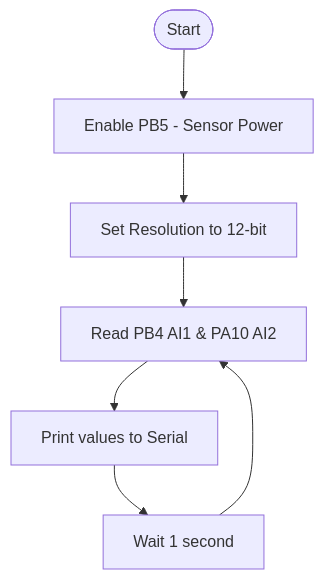
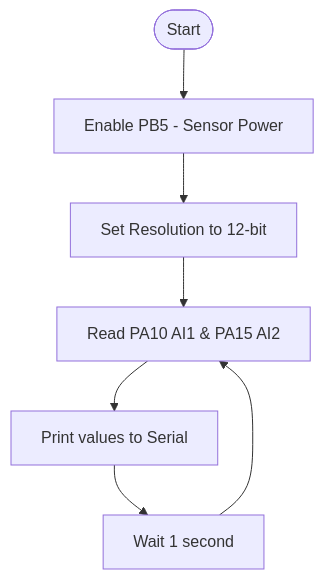
The second of 7 diagrams in README.md (NamNamIoT/ArduLora), drawn with Mermaid before and after one commit. The commit also changed other lines of this file, not shown here.

````diff
--- a/README.md
+++ b/README.md
@@ -118,9 +118,9 @@
 ```mermaid
 graph TD
     Start([Start]) --> Power[Enable PB5 - Sensor Power]
     Power --> Res[Set Resolution to 12-bit]
-    Res --> Read[Read PB4 AI1 & PA10 AI2]
+    Res --> Read[Read PA10 AI1 & PA15 AI2]
     Read --> Print[Print values to Serial]
     Print --> Wait[Wait 1 second]
     Wait --> Read
 ```
````
